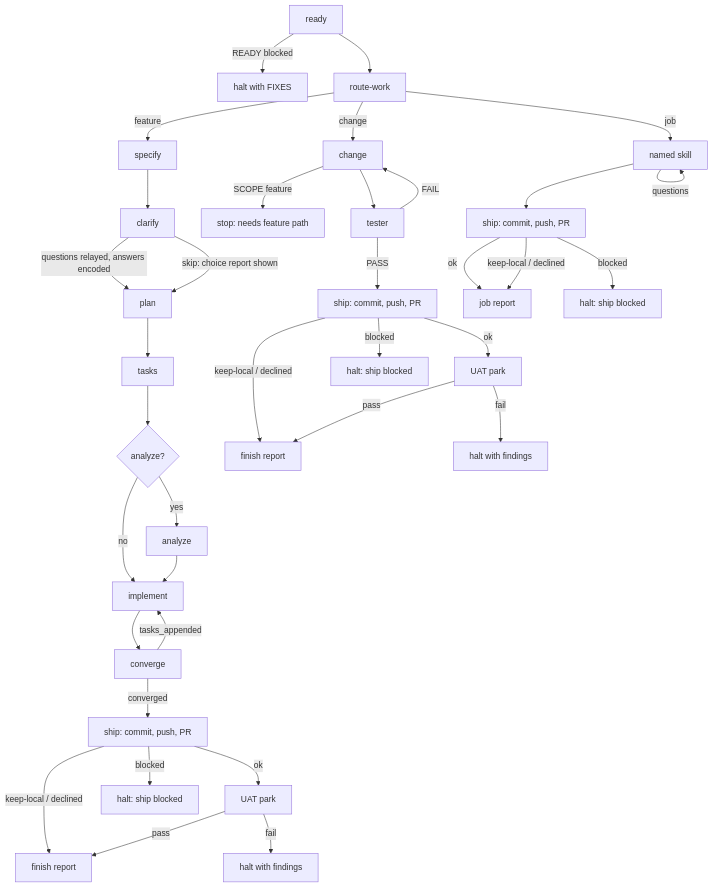
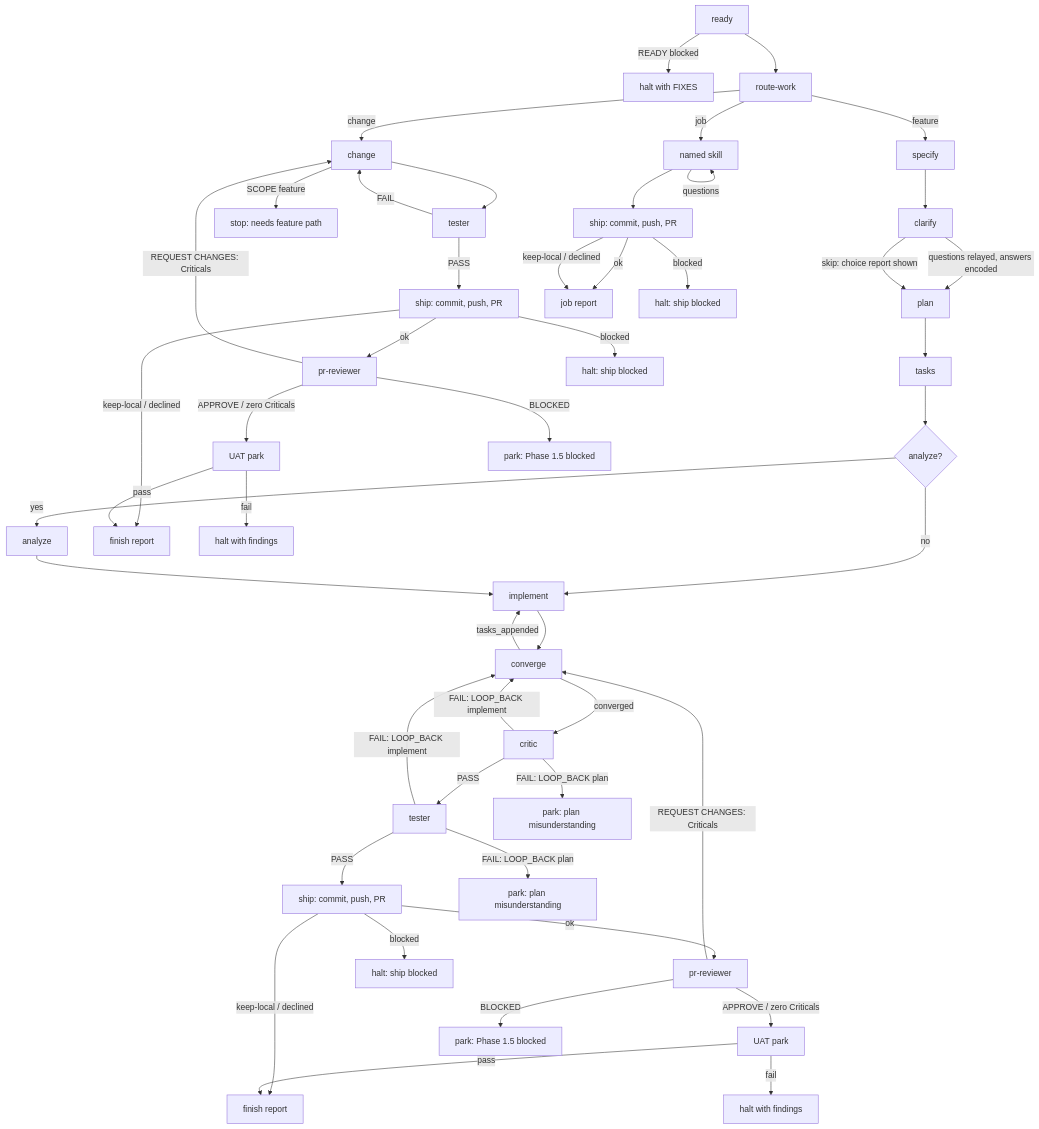
One commit to emadpoursina/agenticCoding changed the diagram in AiNative/docs/agents/speckit-orchestrate/SKILL.md. Above: the diagram before and after it, drawn with Mermaid. The commit also changed other lines of this file and 26 other files, not shown here.

````diff
--- a/AiNative/docs/agents/speckit-orchestrate/SKILL.md
+++ b/AiNative/docs/agents/speckit-orchestrate/SKILL.md
@@ -302,41 +304,53 @@
 ```mermaid
 flowchart TD
   ready[ready] -->|READY blocked| haltReady[halt with FIXES]
   ready --> route[route-work]
   route -->|feature| specify[specify]
   route -->|change| change[change]
   route -->|job| job[named skill]
 
   specify --> clarify[clarify]
   clarify -->|questions relayed, answers encoded| plan[plan]
   clarify -->|skip: choice report shown| plan
   plan --> tasks[tasks]
   tasks --> analyze{analyze?}
   analyze -->|yes| analyzeRun[analyze]
   analyze -->|no| impl[implement]
   analyzeRun --> impl
   impl --> conv[converge]
   conv -->|tasks_appended| impl
-  conv -->|converged| featureShip[ship: commit, push, PR]
-  featureShip -->|ok| featureUat[UAT park]
+  conv -->|converged| critic[critic]
+  critic -->|PASS| tester[tester]
+  critic -->|FAIL: LOOP_BACK implement| conv
+  critic -->|FAIL: LOOP_BACK plan| haltCritic[park: plan misunderstanding]
+  tester -->|PASS| featureShip[ship: commit, push, PR]
+  tester -->|FAIL: LOOP_BACK implement| conv
+  tester -->|FAIL: LOOP_BACK plan| haltTester[park: plan misunderstanding]
+  featureShip -->|ok| featureReview[pr-reviewer]
   featureShip -->|keep-local / declined| featureDone[finish report]
   featureShip -->|blocked| featureShipHalt[halt: ship blocked]
+  featureReview -->|APPROVE / zero Criticals| featureUat[UAT park]
+  featureReview -->|REQUEST CHANGES: Criticals| conv
+  featureReview -->|BLOCKED| haltReview[park: Phase 1.5 blocked]
   featureUat -->|pass| featureDone
   featureUat -->|fail| featureHalt[halt with findings]
 
   change -->|SCOPE feature| haltScope[stop: needs feature path]
-  change --> tester[tester]
-  tester -->|FAIL| change
-  tester -->|PASS| changeShip[ship: commit, push, PR]
-  changeShip -->|ok| changeUat[UAT park]
+  change --> changeTester[tester]
+  changeTester -->|FAIL| change
+  changeTester -->|PASS| changeShip[ship: commit, push, PR]
+  changeShip -->|ok| changeReview[pr-reviewer]
   changeShip -->|keep-local / declined| changeDone[finish report]
   changeShip -->|blocked| changeShipHalt[halt: ship blocked]
+  changeReview -->|APPROVE / zero Criticals| changeUat[UAT park]
+  changeReview -->|REQUEST CHANGES: Criticals| change
+  changeReview -->|BLOCKED| haltChangeReview[park: Phase 1.5 blocked]
   changeUat -->|pass| changeDone
   changeUat -->|fail| changeHalt[halt with findings]
 
   job -->|questions| job
   job --> publish[ship: commit, push, PR]
   publish -->|ok| jobDone[job report]
   publish -->|keep-local / declined| jobDone
   publish -->|blocked| jobShipHalt[halt: ship blocked]
 ```
````
